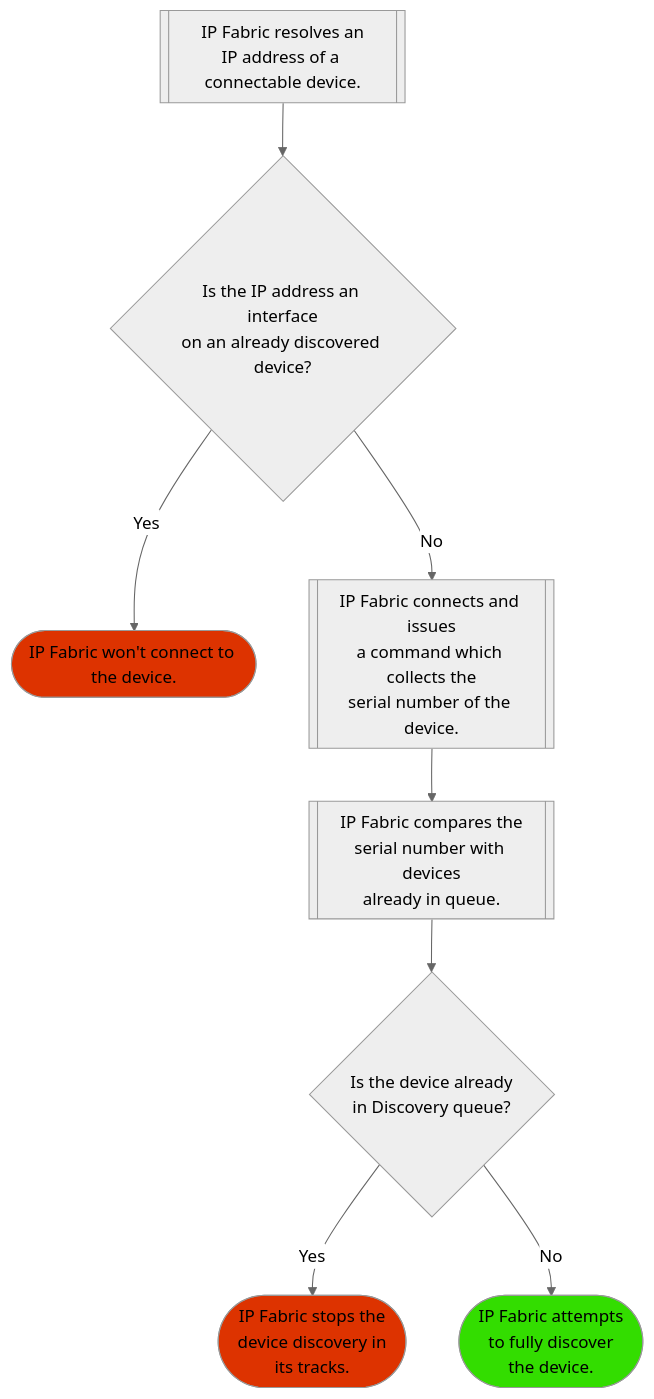
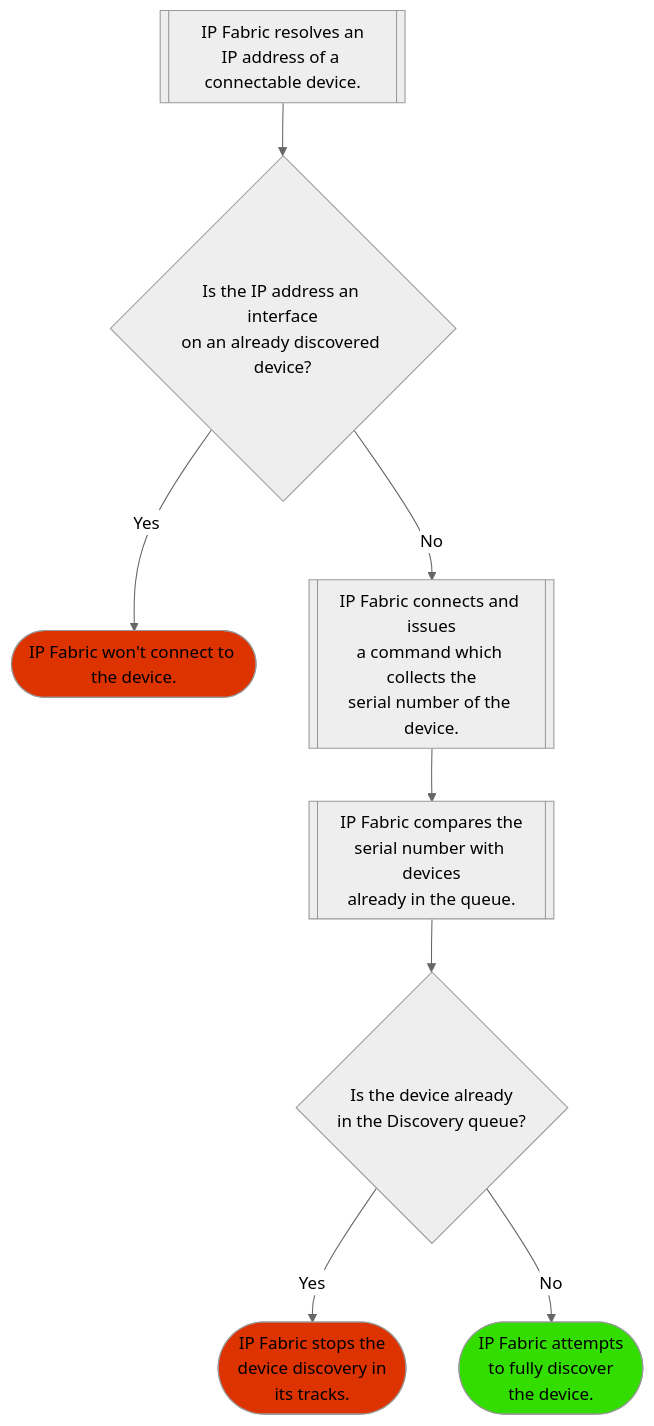
One commit to ipfabric/docs changed the diagram in docs/overview/How_Discovery_Works/CLI_discovery.md. Above: the diagram before and after it, drawn with Mermaid (neutral theme). The commit also changed other lines of this file and 19 other files, not shown here.

````diff
--- a/docs/overview/How_Discovery_Works/CLI_discovery.md
+++ b/docs/overview/How_Discovery_Works/CLI_discovery.md
@@ -69,16 +68,16 @@
 ```mermaid
 flowchart TD
     IPFResolves[[IP Fabric resolves an\nIP address of a connectable device.]] --> AlreadyDiscoveredDevice{Is the IP address an interface\non an already discovered device?}
     
     AlreadyDiscoveredDevice -->|Yes| IPFWontConnect([IP Fabric won't connect to the device.])
     AlreadyDiscoveredDevice -->|No| CollectsSN[[IP Fabric connects and issues\na command which collects the\nserial number of the device.]]
-    CollectsSN --> ComparesSN[[IP Fabric compares the\nserial number with devices\nalready in queue.]]
+    CollectsSN --> ComparesSN[[IP Fabric compares the\nserial number with devices\nalready in the queue.]]
 
-    ComparesSN --> AlreadyInQueue{Is the device already\nin Discovery queue?}
+    ComparesSN --> AlreadyInQueue{Is the device already\nin the Discovery queue?}
     AlreadyInQueue -->|Yes| IPFStops([IP Fabric stops the\ndevice discovery in\nits tracks.])
     AlreadyInQueue -->|No| IPFDiscovers([IP Fabric attempts\nto fully discover\nthe device.])
     
     style IPFDiscovers fill:#33dd00
     style IPFStops fill:#dd3300
     style IPFWontConnect fill:#dd3300
 ```
````
